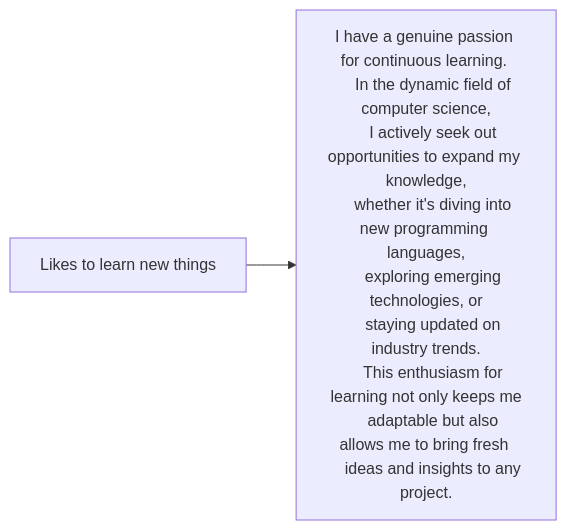
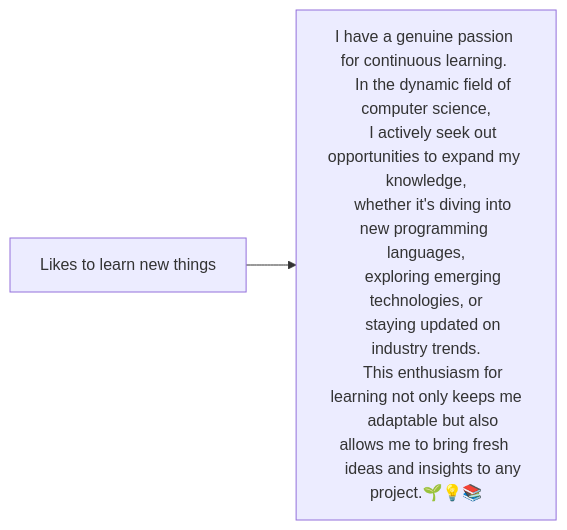
One commit to nurainabalqis/nurainabalqis changed the third of 4 diagrams in README.md. Above: the diagram before and after it, drawn with Mermaid. The commit also changed other lines of this file, not shown here.

````diff
--- a/README.md
+++ b/README.md
@@ -82,16 +82,16 @@
 ```mermaid
 %%{init: {"flowchart": {"htmlLabels": false}} }%%
 flowchart LR
     markdown["Likes to learn new things"]
     newLines["I have a genuine passion for continuous learning. 
     In the dynamic field of computer science,
     I actively seek out opportunities to expand my knowledge,
     whether it's diving into new programming languages,
     exploring emerging technologies, or
     staying updated on industry trends.
     This enthusiasm for learning not only keeps me
     adaptable but also allows me to bring fresh 
-    ideas and insights to any project."]
+    ideas and insights to any project.🌱💡📚"]
     markdown --> newLines
 
   ```
````
